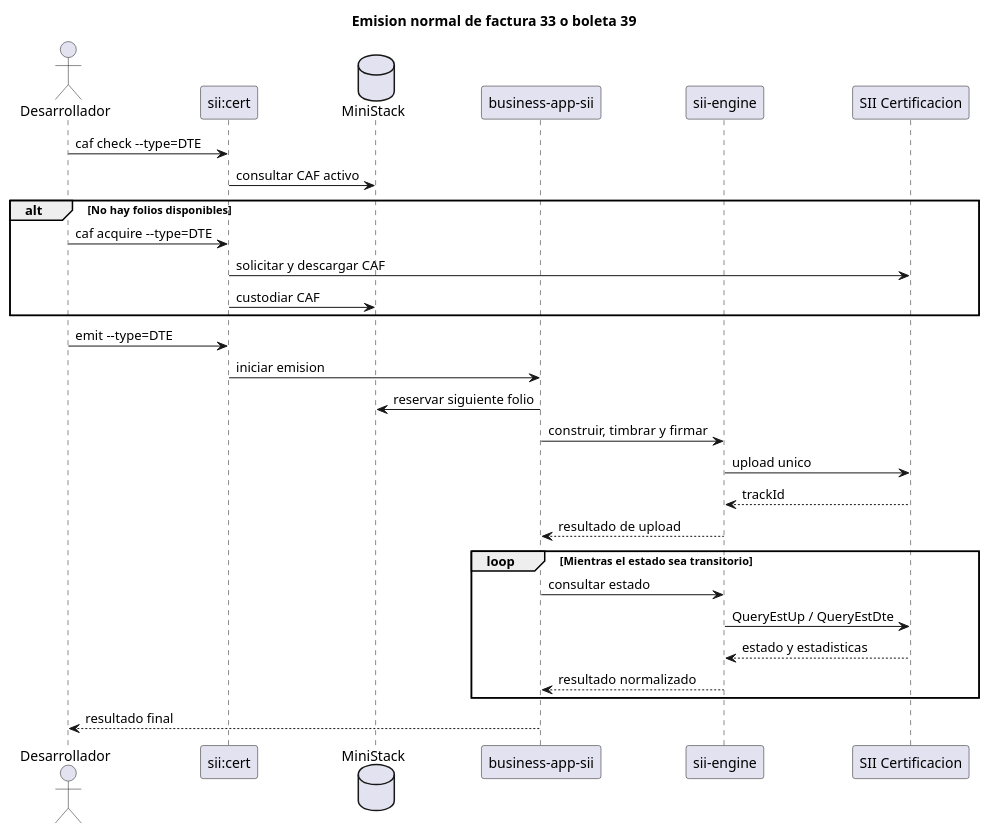
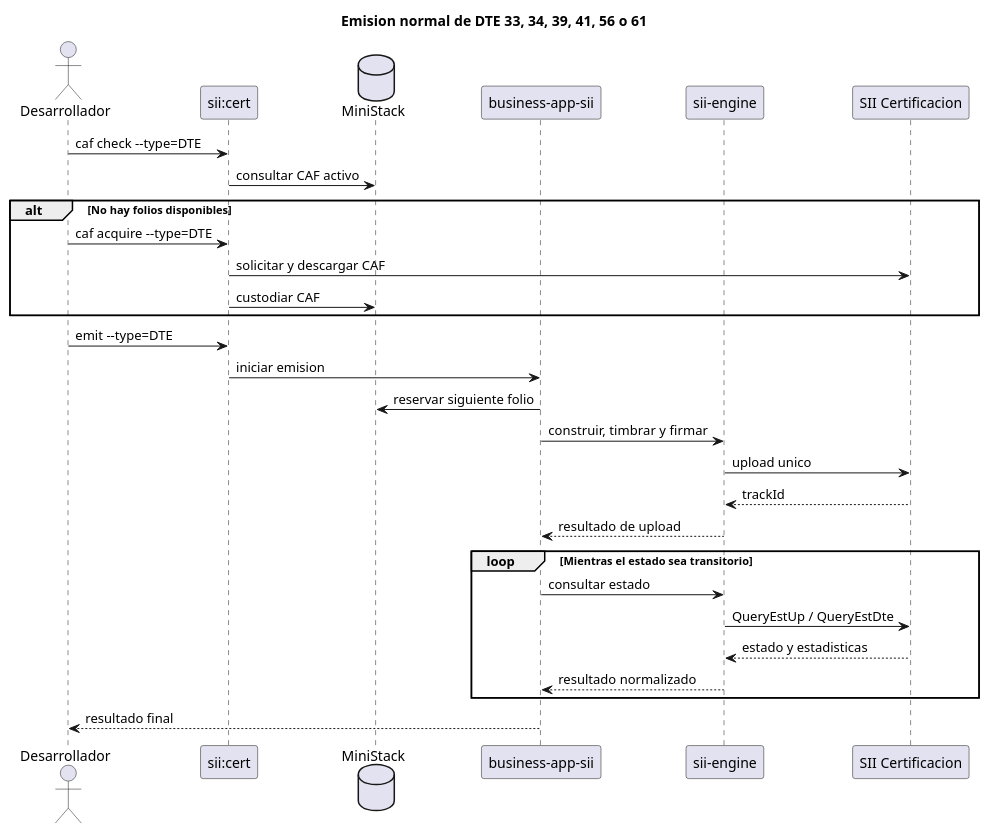
The second of 3 diagrams in docs/real-sii-testing.md (TESBrunoBRM/nestjspossistem), drawn with PlantUML before and after one commit. The commit also changed other lines of this file and 34 other files, not shown here.

Commit message:
feat(fiscal): complete durable DTE certification flows

````diff
--- a/docs/real-sii-testing.md
+++ b/docs/real-sii-testing.md
@@ -119,33 +119,33 @@
 ```plantuml
 @startuml
-title Emision normal de factura 33 o boleta 39
+title Emision normal de DTE 33, 34, 39, 41, 56 o 61
 actor Desarrollador as Dev
 participant "sii:cert" as CLI
 database MiniStack as Custodia
 participant "business-app-sii" as App
 participant "sii-engine" as Engine
 participant "SII Certificacion" as SII
 
 Dev -> CLI: caf check --type=DTE
 CLI -> Custodia: consultar CAF activo
 alt No hay folios disponibles
   Dev -> CLI: caf acquire --type=DTE
   CLI -> SII: solicitar y descargar CAF
   CLI -> Custodia: custodiar CAF
 end
 Dev -> CLI: emit --type=DTE
 CLI -> App: iniciar emision
 App -> Custodia: reservar siguiente folio
 App -> Engine: construir, timbrar y firmar
 Engine -> SII: upload unico
 SII --> Engine: trackId
 Engine --> App: resultado de upload
 loop Mientras el estado sea transitorio
   App -> Engine: consultar estado
   Engine -> SII: QueryEstUp / QueryEstDte
   SII --> Engine: estado y estadisticas
   Engine --> App: resultado normalizado
 end
 App --> Dev: resultado final
 @enduml
 ```
````
